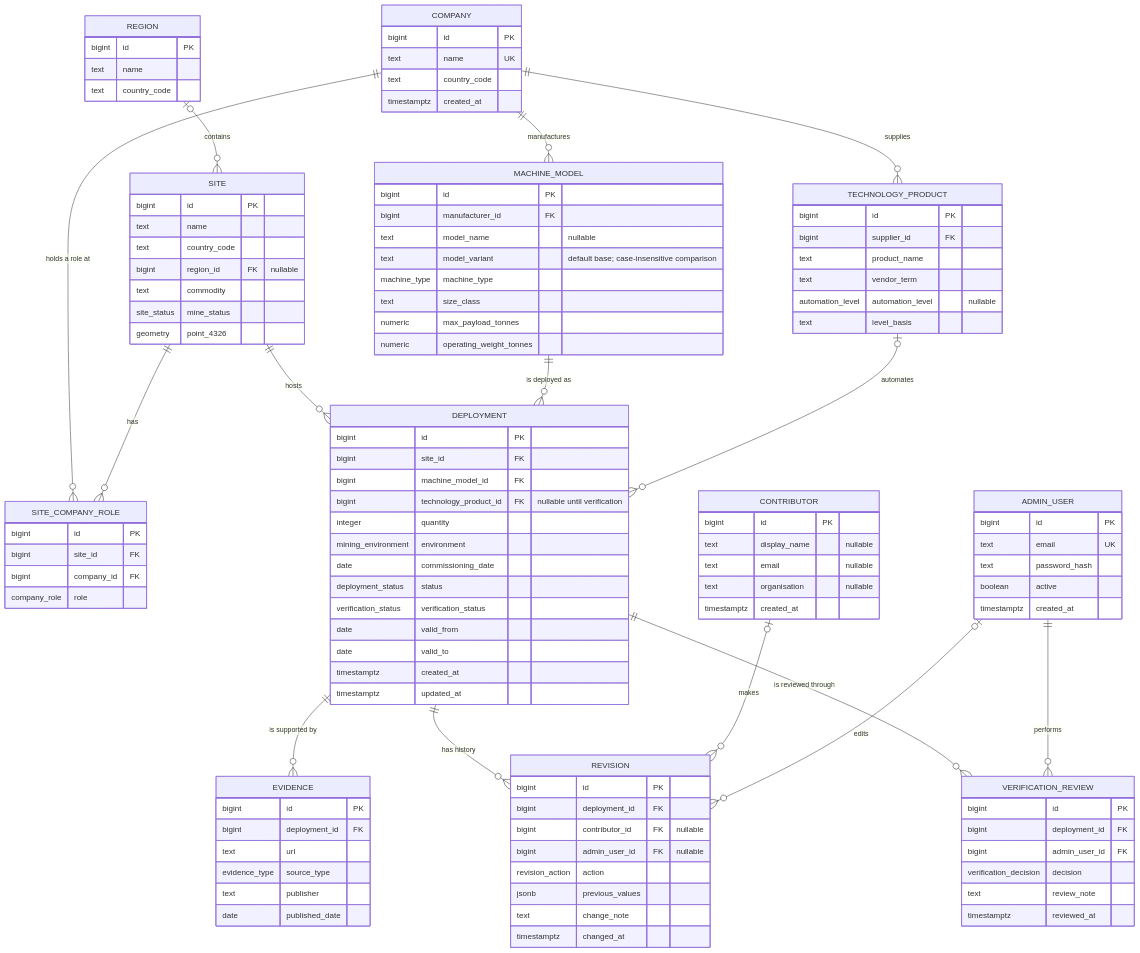
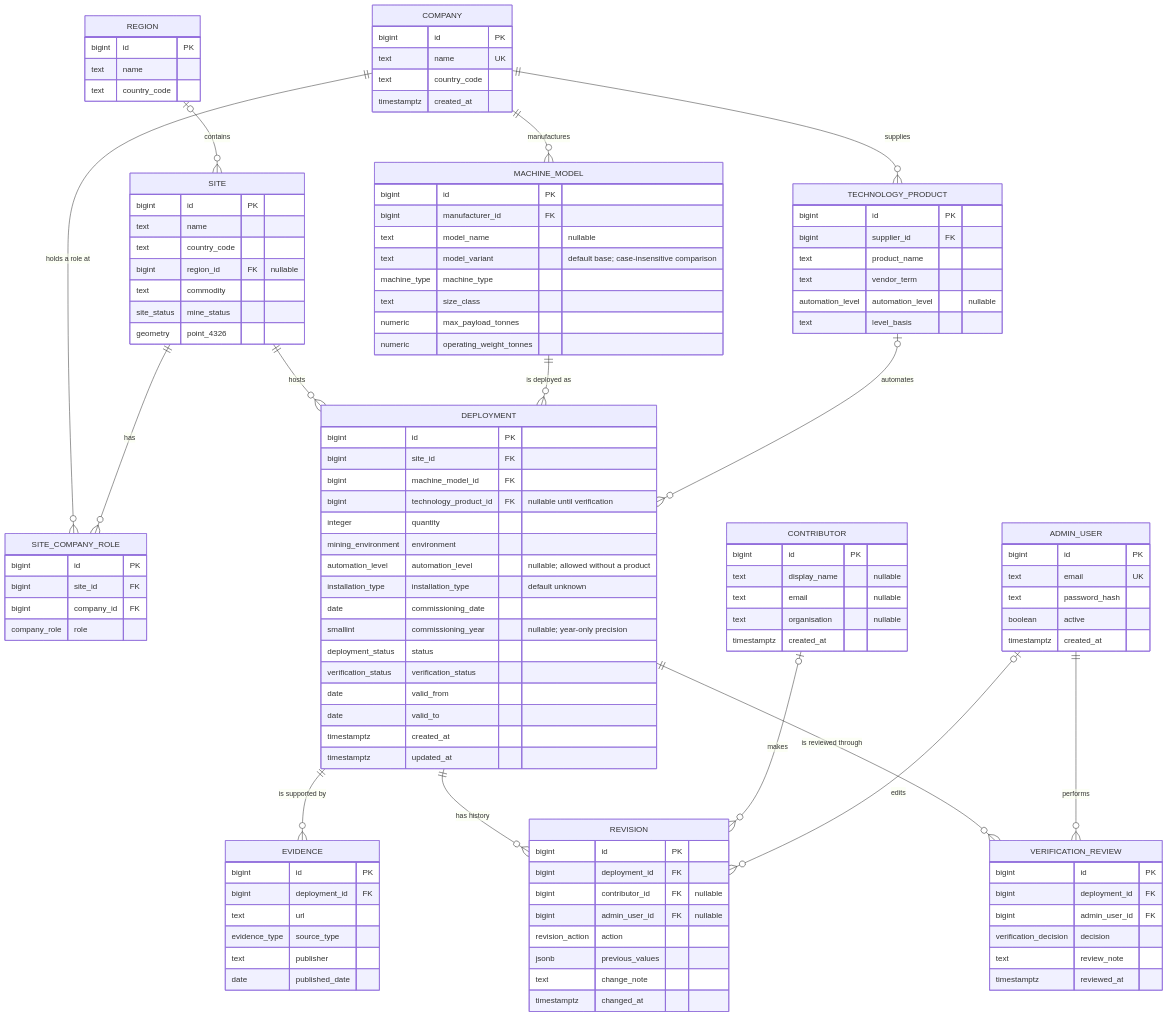
The diagram in docs/database/ERD.md (zinken7/capstone-group-5), drawn with Mermaid before and after one commit. The commit also changed other lines of this file, not shown here.

First line of the commit message:
Enhance ERD with automation level and installation type

```diff
--- a/docs/database/ERD.md
+++ b/docs/database/ERD.md
@@ -83,7 +83,10 @@
         bigint technology_product_id FK "nullable until verification"
         integer quantity
         mining_environment environment
+        automation_level automation_level "nullable; allowed without a product"
+        installation_type installation_type "default unknown"
         date commissioning_date
+        smallint commissioning_year "nullable; year-only precision"
         deployment_status status
         verification_status verification_status
         date valid_from
```
